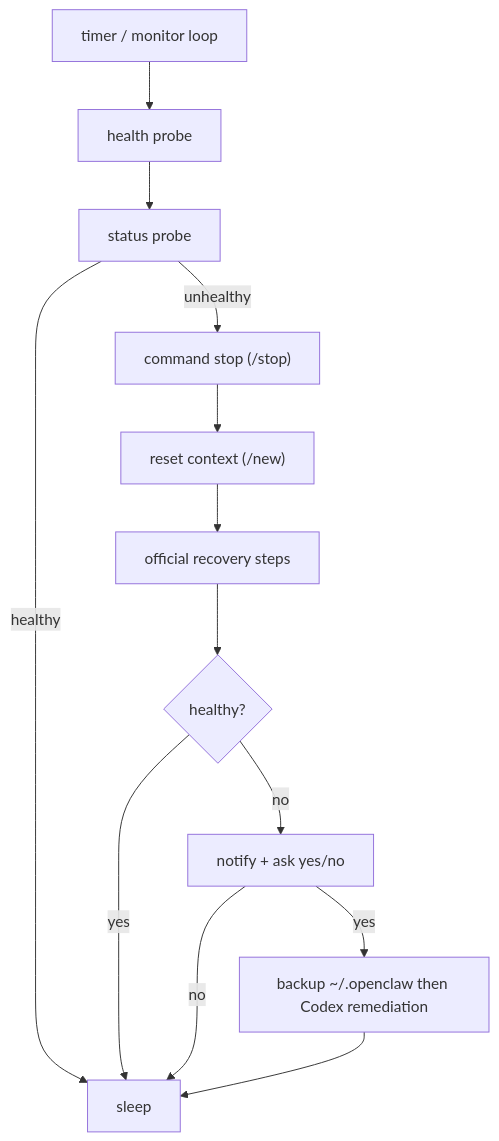
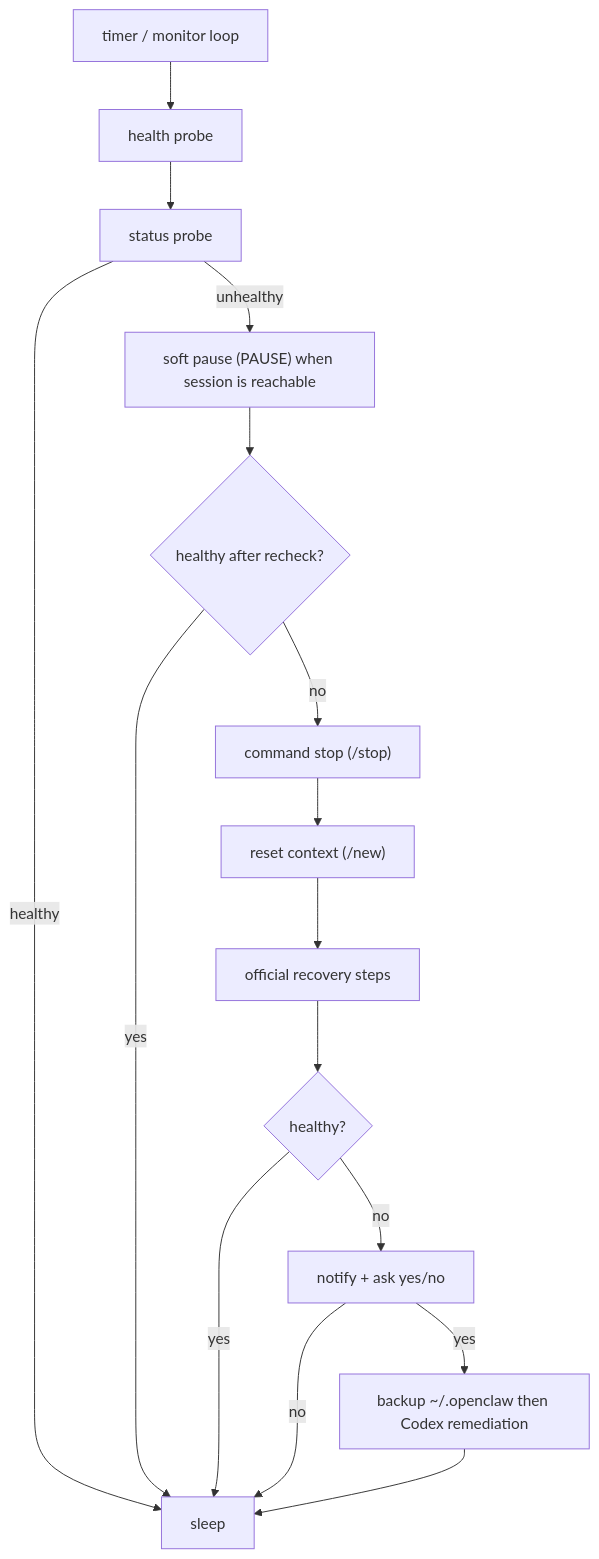
Before and after one commit to Citrus086/fix-my-claw: the diagram in README.md, drawn with Mermaid. The commit also changed other lines of this file and 24 other files, not shown here.

````diff
--- a/README.md
+++ b/README.md
@@ -83,15 +83,18 @@
 ```mermaid
 flowchart TD
   A["timer / monitor loop"] --> B["health probe"]
   B --> C["status probe"]
   C -->|healthy| D["sleep"]
-  C -->|unhealthy| E["command stop (/stop)"]
-  E --> F["reset context (/new)"]
-  F --> G["official recovery steps"]
-  G --> H{"healthy?"}
-  H -->|yes| D
-  H -->|no| I["notify + ask yes/no"]
-  I -->|yes| J["backup ~/.openclaw then Codex remediation"]
-  I -->|no| D
-  J --> D
+  C -->|unhealthy| E["soft pause (PAUSE) when session is reachable"]
+  E --> F{"healthy after recheck?"}
+  F -->|yes| D
+  F -->|no| G["command stop (/stop)"]
+  G --> H["reset context (/new)"]
+  H --> I["official recovery steps"]
+  I --> J{"healthy?"}
+  J -->|yes| D
+  J -->|no| K["notify + ask yes/no"]
+  K -->|yes| L["backup ~/.openclaw then Codex remediation"]
+  K -->|no| D
+  L --> D
 ```
````
